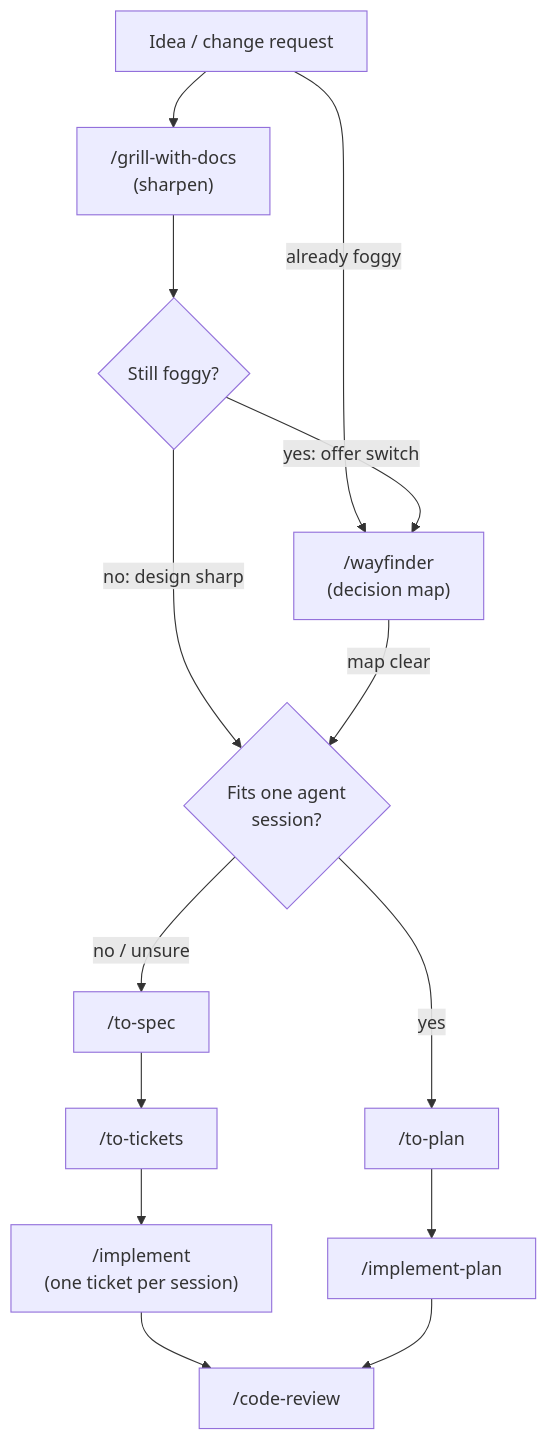
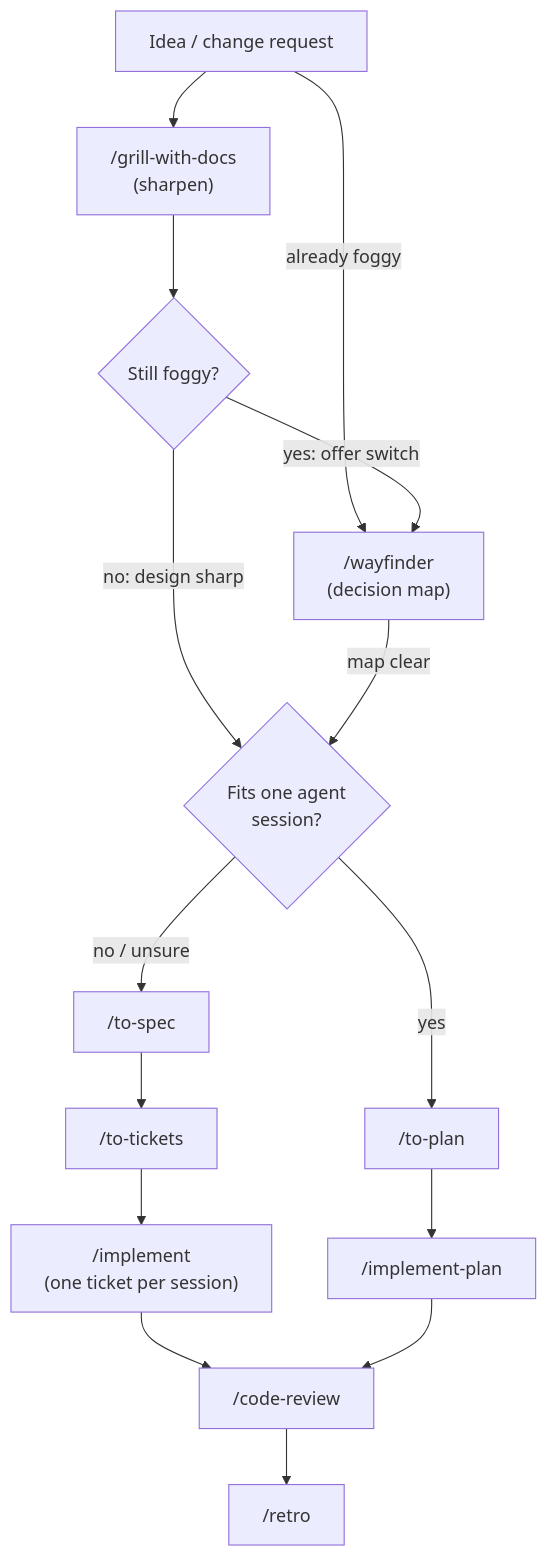
The diagram in README.md (Akindu23/my-agent-skills), drawn with Mermaid before and after one commit. The commit also changed other lines of this file and 8 other files, not shown here.

````diff
--- a/README.md
+++ b/README.md
@@ -52,25 +52,27 @@
 ```mermaid
 flowchart TD
   idea[Idea / change request]
   grill["/grill-with-docs<br/>(sharpen)"]
   fog{"Still foggy?"}
   way["/wayfinder<br/>(decision map)"]
   size{"Fits one agent<br/>session?"}
   spec["/to-spec"]
   tickets["/to-tickets"]
   impl["/implement<br/>(one ticket per session)"]
   plan["/to-plan"]
   implPlan["/implement-plan"]
   review["/code-review"]
+  retro["/retro"]
 
   idea --> grill
   idea -->|already foggy| way
   grill --> fog
   fog -->|yes: offer switch| way
   fog -->|no: design sharp| size
   way -->|map clear| size
   size -->|no / unsure| spec
   spec --> tickets --> impl --> review
   size -->|yes| plan
   plan --> implPlan --> review
+  review --> retro
 ```
````
